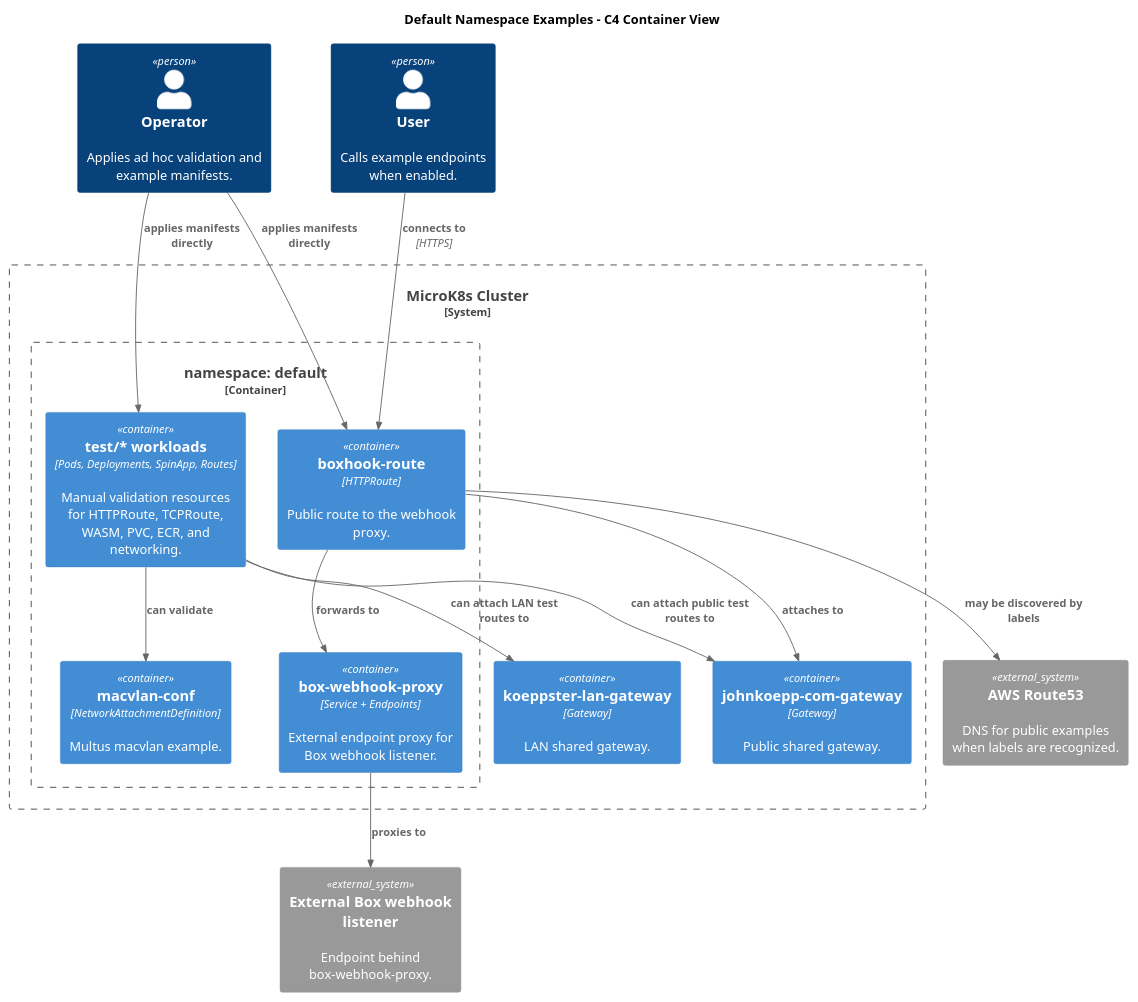
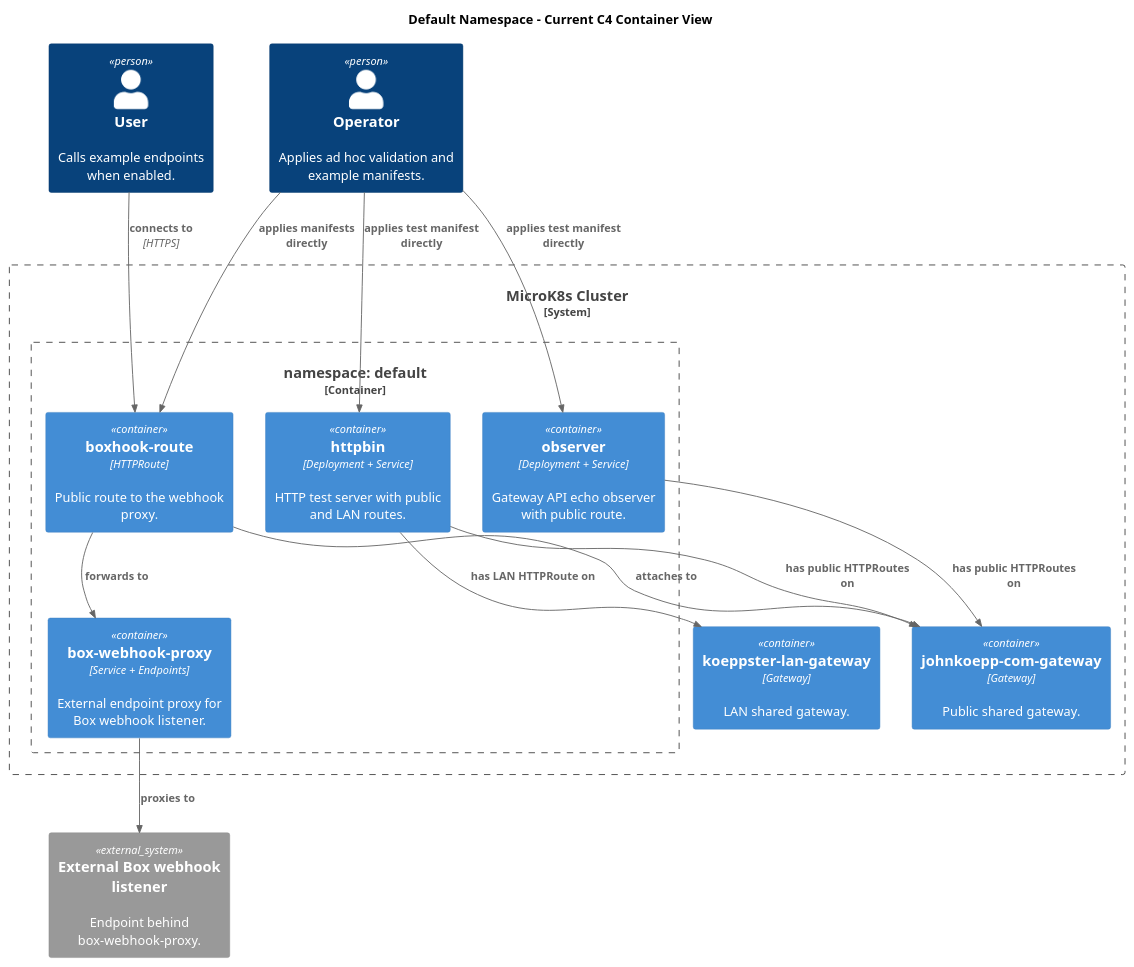
The diagram in docs/c4/default.puml (koeppj/kubernetes-sandbox), drawn with PlantUML before and after one commit. The commit also changed 11 other files, not shown here.

```diff
--- a/docs/c4/default.puml
+++ b/docs/c4/default.puml
@@ -1,35 +1,34 @@
 @startuml default
 !includeurl https://raw.githubusercontent.com/plantuml-stdlib/C4-PlantUML/master/C4_Container.puml
 
-title Default Namespace Examples - C4 Container View
+title Default Namespace - Current C4 Container View
 
 Person(operator, "Operator", "Applies ad hoc validation and example manifests.")
 Person(user, "User", "Calls example endpoints when enabled.")
 
 System_Boundary(cluster, "MicroK8s Cluster") {
   Container_Boundary(ns, "namespace: default") {
-    Container(macvlan, "macvlan-conf", "NetworkAttachmentDefinition", "Multus macvlan example.")
     Container(boxProxySvc, "box-webhook-proxy", "Service + Endpoints", "External endpoint proxy for Box webhook listener.")
     Container(boxhookRoute, "boxhook-route", "HTTPRoute", "Public route to the webhook proxy.")
-    Container(testWorkloads, "test/* workloads", "Pods, Deployments, SpinApp, Routes", "Manual validation resources for HTTPRoute, TCPRoute, WASM, PVC, ECR, and networking.")
+    Container(httpbin, "httpbin", "Deployment + Service", "HTTP test server with public and LAN routes.")
+    Container(observer, "observer", "Deployment + Service", "Gateway API echo observer with public route.")
   }
 
   Container(publicGateway, "johnkoepp-com-gateway", "Gateway", "Public shared gateway.")
   Container(lanGateway, "koeppster-lan-gateway", "Gateway", "LAN shared gateway.")
 }
 
-System_Ext(route53, "AWS Route53", "DNS for public examples when labels are recognized.")
 System_Ext(externalWebhook, "External Box webhook listener", "Endpoint behind box-webhook-proxy.")
 
-Rel(operator, testWorkloads, "applies manifests directly")
+Rel(operator, httpbin, "applies test manifest directly")
+Rel(operator, observer, "applies test manifest directly")
 Rel(operator, boxhookRoute, "applies manifests directly")
 Rel(user, boxhookRoute, "connects to", "HTTPS")
 Rel(boxhookRoute, publicGateway, "attaches to")
 Rel(boxhookRoute, boxProxySvc, "forwards to")
 Rel(boxProxySvc, externalWebhook, "proxies to")
-Rel(boxhookRoute, route53, "may be discovered by labels")
-Rel(testWorkloads, publicGateway, "can attach public test routes to")
-Rel(testWorkloads, lanGateway, "can attach LAN test routes to")
-Rel(testWorkloads, macvlan, "can validate")
+Rel(httpbin, publicGateway, "has public HTTPRoutes on")
+Rel(httpbin, lanGateway, "has LAN HTTPRoute on")
+Rel(observer, publicGateway, "has public HTTPRoutes on")
 
 @enduml
```
